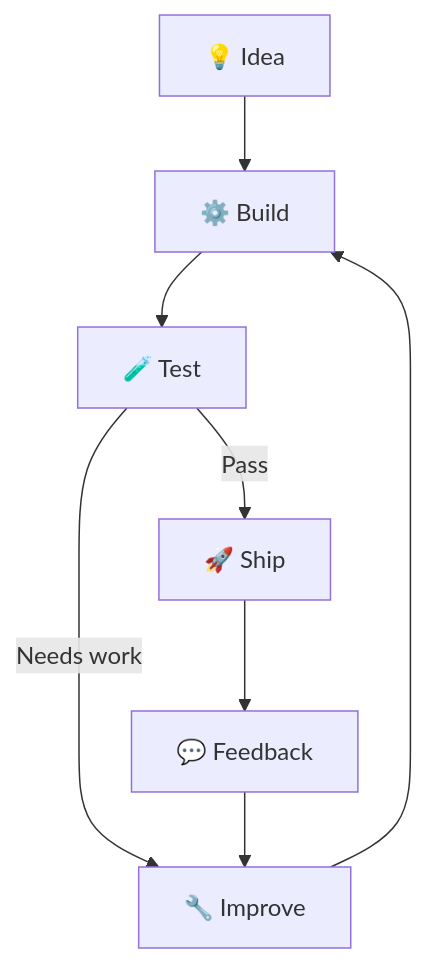
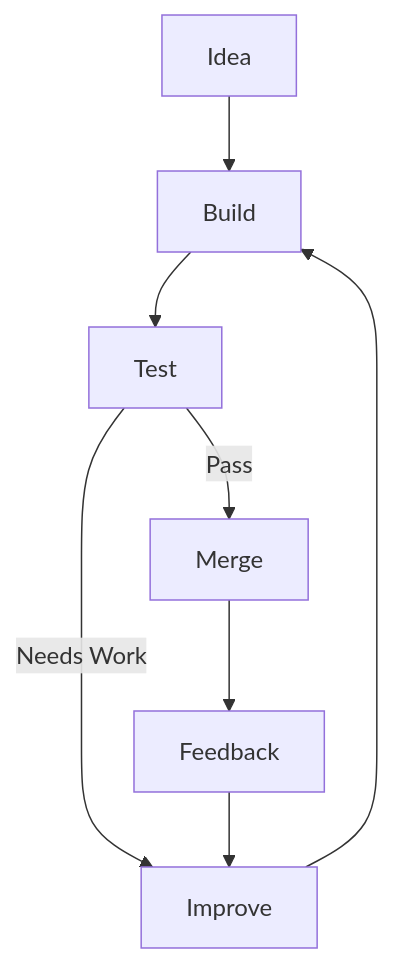
The second of 2 diagrams in README.md (udaycodespace/udaycodespace), drawn with Mermaid before and after one commit. The commit also changed other lines of this file, not shown here.

````diff
--- a/README.md
+++ b/README.md
@@ -121,11 +103,10 @@
 ```mermaid
 flowchart TD
-    A["💡 Idea"]
-        --> B["⚙️ Build"]
-    B --> C["🧪 Test"]
-    C -->|Pass| D["🚀 Ship"]
-    C -->|Needs work| E["🔧 Improve"]
+    A[" Idea "] --> B[" Build "]
+    B --> C[" Test "]
+    C -->|Pass| D[" Merge "]
+    C -->|Needs Work| E[" Improve "]
     E --> B
-    D --> F["💬 Feedback"]
+    D --> F[" Feedback "]
     F --> E
 ```
````
